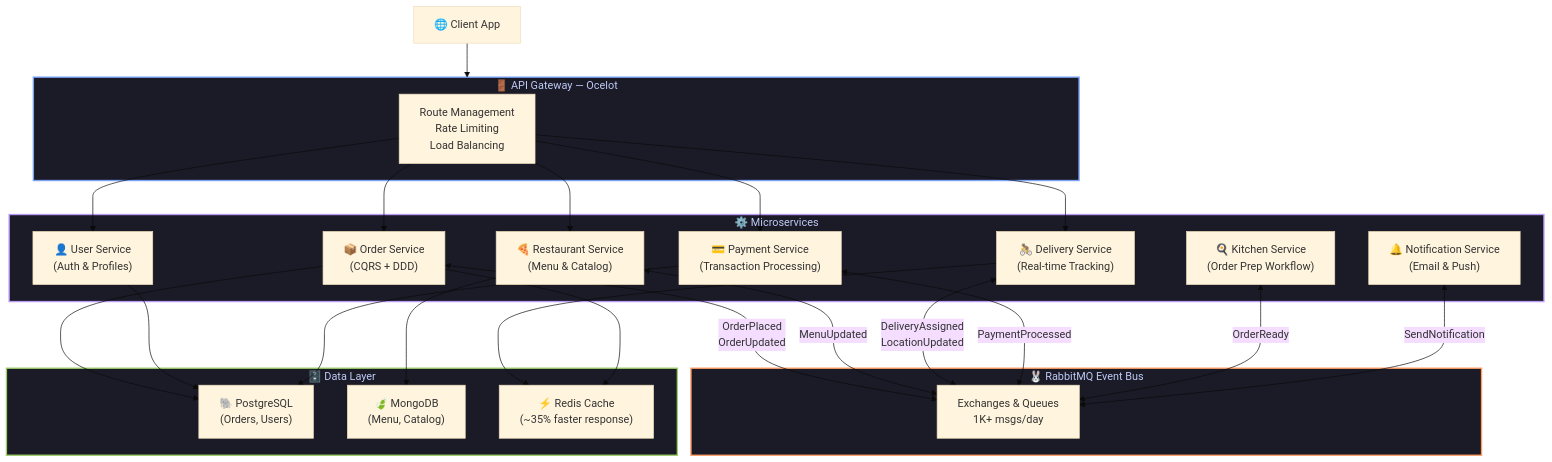
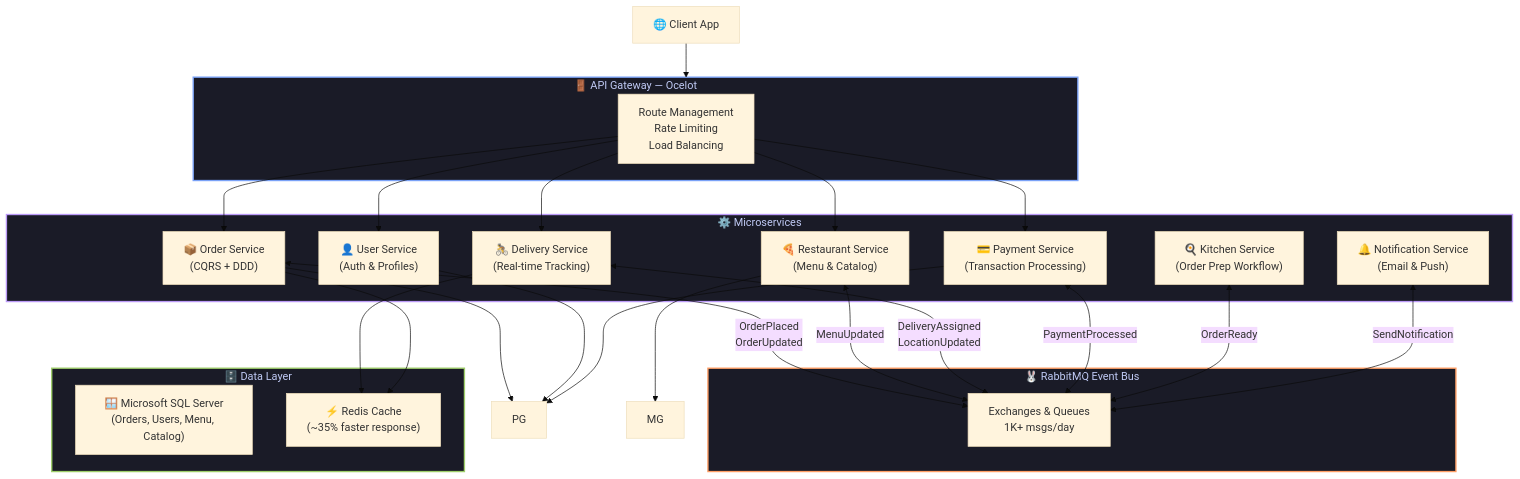
Before and after one commit to Shivam93294Valand/Shivam93294Valand: the first of 5 diagrams in README.md, drawn with Mermaid (base theme). The commit also changed other lines of this file, not shown here.

````diff
--- a/README.md
+++ b/README.md
@@ -187,50 +187,49 @@
 ```mermaid
 graph TB
     Client["🌐 Client App"]
 
     subgraph Gateway["🚪 API Gateway — Ocelot"]
         OC["Route Management<br/>Rate Limiting<br/>Load Balancing"]
     end
 
     subgraph Services["⚙️ Microservices"]
         OS["📦 Order Service<br/>(CQRS + DDD)"]
         RS["🍕 Restaurant Service<br/>(Menu & Catalog)"]
         DS["🚴 Delivery Service<br/>(Real-time Tracking)"]
         US["👤 User Service<br/>(Auth & Profiles)"]
         PS["💳 Payment Service<br/>(Transaction Processing)"]
         NS["🔔 Notification Service<br/>(Email & Push)"]
         KS["🍳 Kitchen Service<br/>(Order Prep Workflow)"]
     end
 
     subgraph MessageBus["🐰 RabbitMQ Event Bus"]
         EX["Exchanges & Queues<br/>1K+ msgs/day"]
     end
 
     subgraph DataStores["🗄️ Data Layer"]
-        PG["🐘 PostgreSQL<br/>(Orders, Users)"]
-        MG["🍃 MongoDB<br/>(Menu, Catalog)"]
+        SS["🪟 Microsoft SQL Server<br/>(Orders, Users, Menu, Catalog)"]
         RD["⚡ Redis Cache<br/>(~35% faster response)"]
     end
 
     Client --> Gateway
     OC --> OS & RS & DS & US & PS
 
     OS <-->|OrderPlaced<br/>OrderUpdated| EX
     RS <-->|MenuUpdated| EX
     DS <-->|DeliveryAssigned<br/>LocationUpdated| EX
     PS <-->|PaymentProcessed| EX
     KS <-->|OrderReady| EX
     NS <-->|SendNotification| EX
 
     OS --> PG
     US --> PG
     PS --> PG
     RS --> MG
     DS --> RD
     OS --> RD
 
     style Gateway fill:#1a1b27,stroke:#7aa2f7,stroke-width:2px,color:#c0caf5
     style MessageBus fill:#1a1b27,stroke:#ff9e64,stroke-width:2px,color:#c0caf5
     style DataStores fill:#1a1b27,stroke:#9ece6a,stroke-width:2px,color:#c0caf5
     style Services fill:#1a1b27,stroke:#bb9af7,stroke-width:2px,color:#c0caf5
 ```
````
